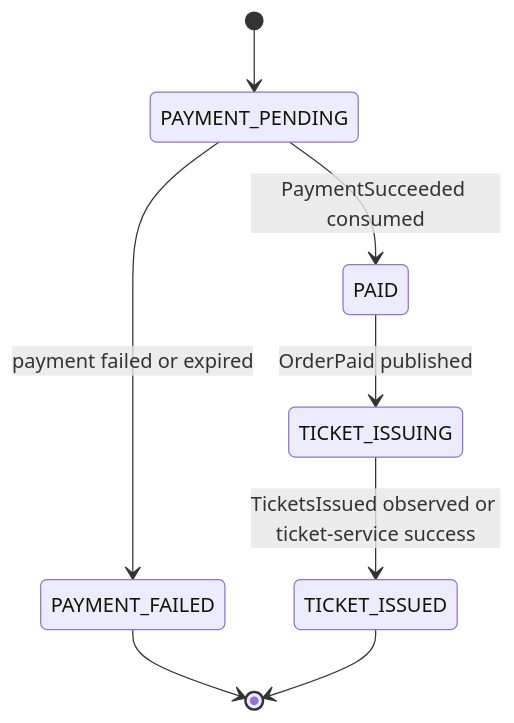
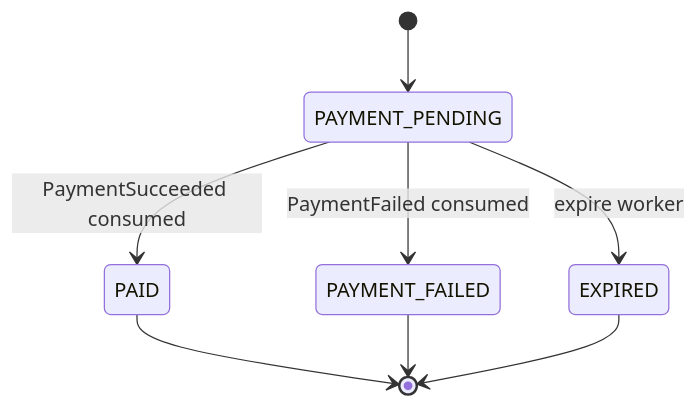
One commit to software-design-138gogo/tickefy-backend changed the second of 4 diagrams in docs/contracts/flows/payment-ticket-flow.md. Above: the diagram before and after it, drawn with Mermaid. The commit also changed other lines of this file and 1 other file, not shown here.

Commit message:
docs: Add payment failure flow; update ticket flow

````diff
--- a/docs/contracts/flows/payment-ticket-flow.md
+++ b/docs/contracts/flows/payment-ticket-flow.md
@@ -88,10 +102,10 @@
 ```mermaid
 stateDiagram-v2
     [*] --> PAYMENT_PENDING
     PAYMENT_PENDING --> PAID: PaymentSucceeded consumed
-    PAID --> TICKET_ISSUING: OrderPaid published
-    TICKET_ISSUING --> TICKET_ISSUED: TicketsIssued observed or ticket-service success
-    PAYMENT_PENDING --> PAYMENT_FAILED: payment failed or expired
+    PAYMENT_PENDING --> PAYMENT_FAILED: PaymentFailed consumed
+    PAYMENT_PENDING --> EXPIRED: expire worker
+    PAID --> [*]
     PAYMENT_FAILED --> [*]
-    TICKET_ISSUED --> [*]
+    EXPIRED --> [*]
 ```
````
